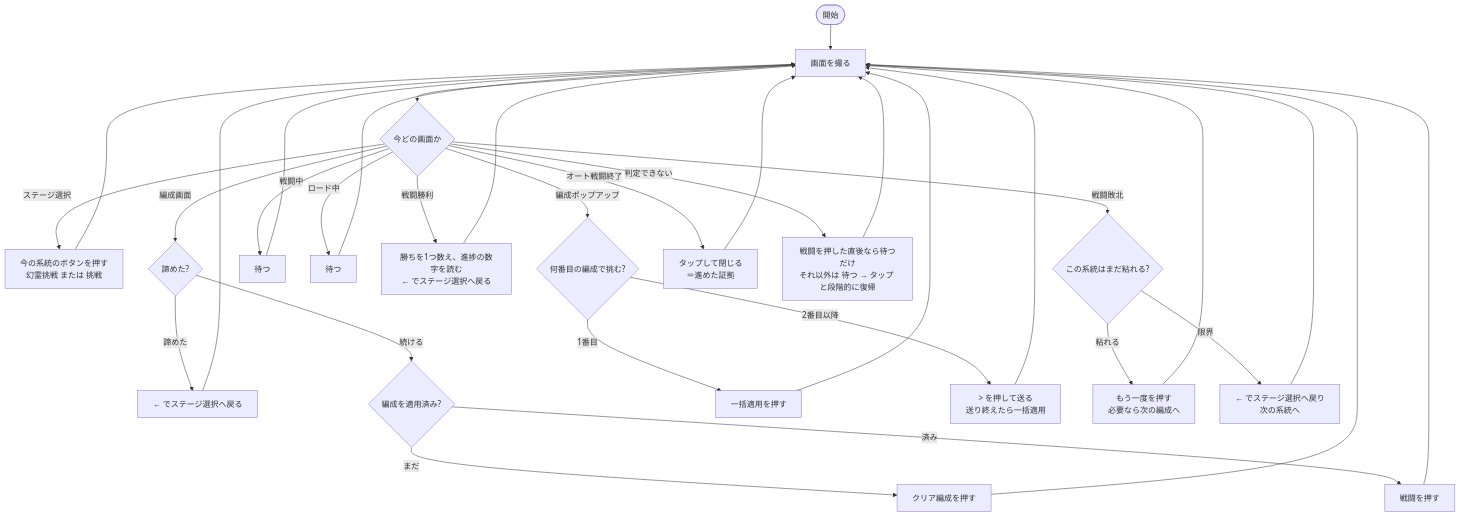
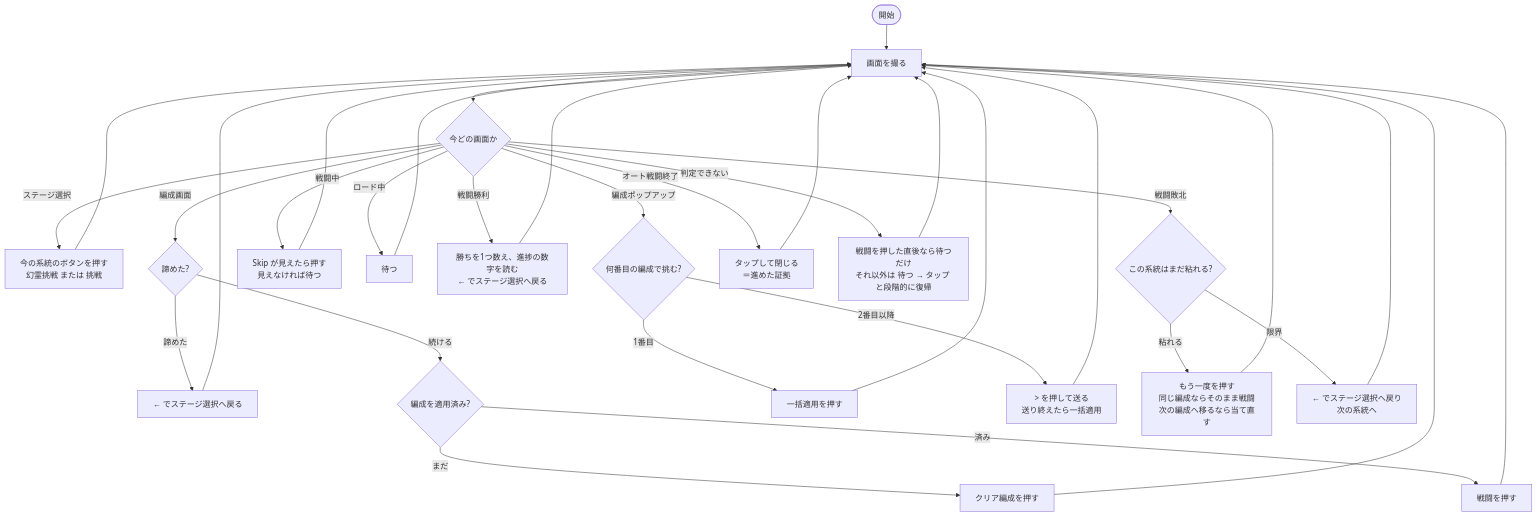
The diagram in README.md (joapippa/afkj_autoplay), drawn with Mermaid before and after one commit. The commit also changed other lines of this file and 4 other files, not shown here.

````diff
--- a/README.md
+++ b/README.md
@@ -386,35 +406,35 @@
 ```mermaid
 flowchart TD
     A([開始]) --> B[画面を撮る]
     B --> C{今どの画面か}
     C -->|ステージ選択| D[今の系統のボタンを押す<br/>幻霊挑戦 または 挑戦]
     C -->|編成画面| N{諦めた?}
     N -->|諦めた| N0[← でステージ選択へ戻る]
     N -->|続ける| N3{編成を適用済み?}
     N3 -->|まだ| N1[クリア編成を押す]
     N3 -->|済み| N2[戦闘を押す]
     C -->|編成ポップアップ| E{何番目の編成で挑む?}
     E -->|1番目| E1[一括適用を押す]
     E -->|2番目以降| E2[> を押して送る<br/>送り終えたら一括適用]
-    C -->|戦闘中| F[待つ]
+    C -->|戦闘中| F[Skip が見えたら押す<br/>見えなければ待つ]
     C -->|ロード中| G[待つ]
     C -->|戦闘勝利| J[勝ちを1つ数え、進捗の数字を読む<br/>← でステージ選択へ戻る]
     C -->|戦闘敗北| K{この系統はまだ粘れる?}
-    K -->|粘れる| K1[もう一度を押す<br/>必要なら次の編成へ]
+    K -->|粘れる| K1[もう一度を押す<br/>同じ編成ならそのまま戦闘<br/>次の編成へ移るなら当て直す]
     K -->|限界| K2[← でステージ選択へ戻り<br/>次の系統へ]
     C -->|オート戦闘終了| L[タップして閉じる<br/>＝進めた証拠]
     C -->|判定できない| M[戦闘を押した直後なら待つだけ<br/>それ以外は 待つ → タップ と段階的に復帰]
     D --> B
     N0 --> B
     N1 --> B
     N2 --> B
     E1 --> B
     E2 --> B
     F --> B
     G --> B
     J --> B
     K1 --> B
     K2 --> B
     L --> B
     M --> B
 ```
````
